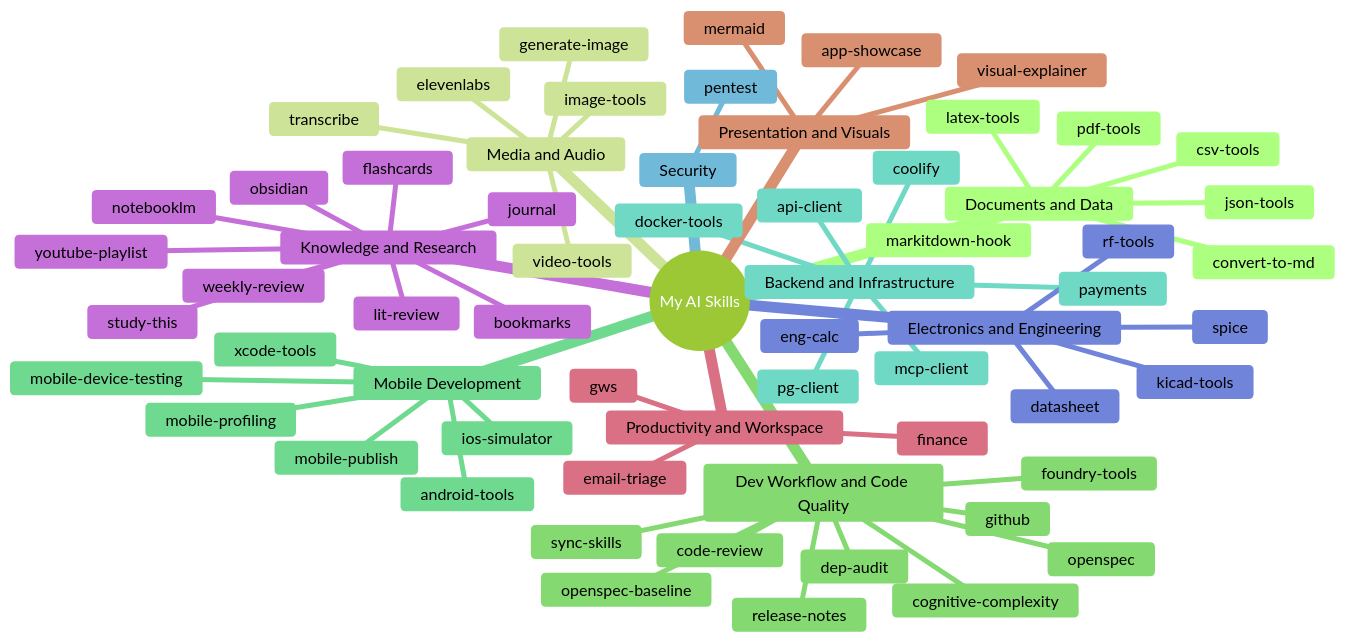
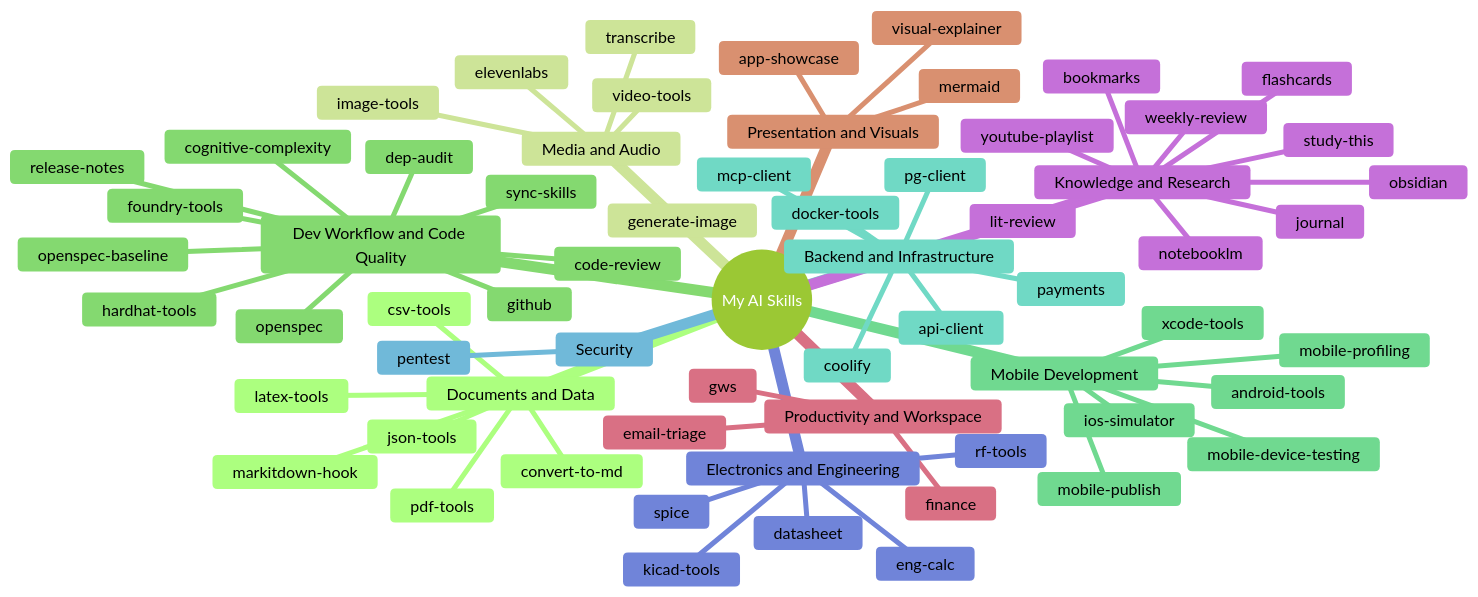
The diagram in README.md (leonardoaraujosantos/my_ai_skills), drawn with Mermaid (forest theme) before and after one commit. The commit also changed other lines of this file and 6 other files, not shown here.

First line of the commit message:
Add hardhat-tools skill: Solidity dev/test/deploy with Hardhat 2 & 3 (#21)

````diff
--- a/README.md
+++ b/README.md
@@ -9,67 +9,68 @@
 ```mermaid
 mindmap
   root((My AI Skills))
     Documents and Data
       convert-to-md
       csv-tools
       json-tools
       latex-tools
       markitdown-hook
       pdf-tools
     Media and Audio
       elevenlabs
       generate-image
       image-tools
       transcribe
       video-tools
     Dev Workflow and Code Quality
       code-review
       cognitive-complexity
       dep-audit
       foundry-tools
       github
+      hardhat-tools
       openspec
       openspec-baseline
       release-notes
       sync-skills
     Mobile Development
       android-tools
       ios-simulator
       mobile-device-testing
       mobile-profiling
       mobile-publish
       xcode-tools
     Backend and Infrastructure
       api-client
       coolify
       docker-tools
       mcp-client
       payments
       pg-client
     Security
       pentest
     Electronics and Engineering
       datasheet
       eng-calc
       kicad-tools
       rf-tools
       spice
     Knowledge and Research
       bookmarks
       flashcards
       journal
       lit-review
       notebooklm
       obsidian
       study-this
       weekly-review
       youtube-playlist
     Productivity and Workspace
       email-triage
       finance
       gws
     Presentation and Visuals
       app-showcase
       mermaid
       visual-explainer
 ```
````
